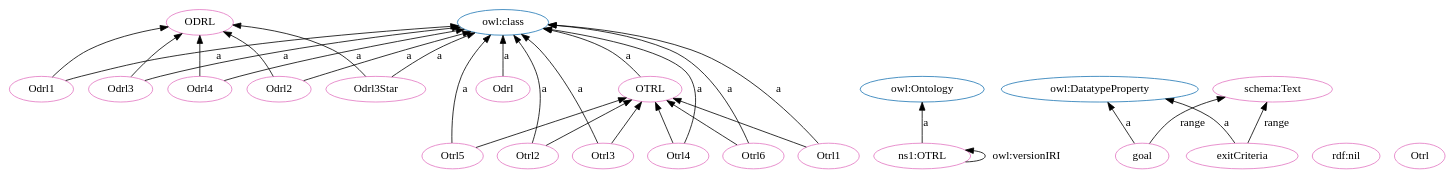
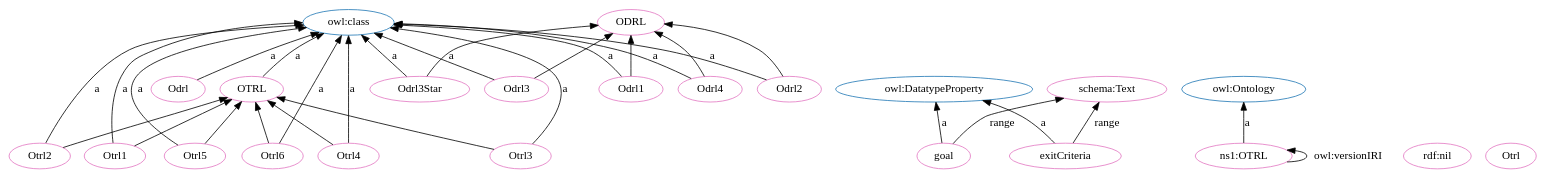
One commit to OPEN-NEXT/OKH-LOSH changed the diagram in OTRL.dot. Above: the diagram before and after it, drawn with Graphviz. The commit also changed other lines of this file and 15 other files, not shown here.

```diff
--- a/OTRL.dot
+++ b/OTRL.dot
@@ -1,59 +1,59 @@
 digraph G {
   rankdir=BT
   node[height=.3]
+"http://purl.org/oseg/ontologies/OTRL#OTRL" [fillcolor="#1f77b4" color="#1f77b4" label="OTRL"]
+"http://www.w3.org/2002/07/owl#class" [fillcolor="#1f77b4" color="#1f77b4" label="owl:class"]
+"http://www.w3.org/2002/07/owl#DatatypeProperty" [fillcolor="#1f77b4" color="#1f77b4" label="owl:DatatypeProperty"]
+"http://www.w3.org/2002/07/owl#Ontology" [fillcolor="#1f77b4" color="#1f77b4" label="owl:Ontology"]
 "http://purl.org/oseg/ontologies/OTRL#ODRL" [fillcolor="#1f77b4" color="#1f77b4" label="ODRL"]
-"http://www.w3.org/2002/07/owl#class" [fillcolor="#1f77b4" color="#1f77b4" label="owl:class"]
-"http://www.w3.org/2002/07/owl#Ontology" [fillcolor="#1f77b4" color="#1f77b4" label="owl:Ontology"]
-"http://www.w3.org/2002/07/owl#DatatypeProperty" [fillcolor="#1f77b4" color="#1f77b4" label="owl:DatatypeProperty"]
-"http://purl.org/oseg/ontologies/OTRL#OTRL" [fillcolor="#1f77b4" color="#1f77b4" label="OTRL"]
-"http://purl.org/oseg/ontologies/OTRL#OTRL" [fillcolor="#e377c2" color="#e377c2" label="OTRL"]
-"http://schema.org/Text" [fillcolor="#e377c2" color="#e377c2" label="schema:Text"]
+"http://purl.org/oseg/ontologies/OTRL#Otrl3" [fillcolor="#e377c2" color="#e377c2" label="Otrl3"]
+"http://purl.org/oseg/ontologies/OTRL#Odrl" [fillcolor="#e377c2" color="#e377c2" label="Odrl"]
+"http://purl.org/oseg/ontologies/OTRL#Otrl2" [fillcolor="#e377c2" color="#e377c2" label="Otrl2"]
+"http://purl.org/oseg/ontologies/OTRL#Odrl2" [fillcolor="#e377c2" color="#e377c2" label="Odrl2"]
+"http://purl.org/oseg/ontologies/OTRL#Odrl3Star" [fillcolor="#e377c2" color="#e377c2" label="Odrl3Star"]
 "http://purl.org/oseg/ontologies/OTRL#ODRL" [fillcolor="#e377c2" color="#e377c2" label="ODRL"]
+"http://purl.org/oseg/ontologies/OTRL#Otrl4" [fillcolor="#e377c2" color="#e377c2" label="Otrl4"]
+"http://purl.org/oseg/ontologies/OTRL#Odrl4" [fillcolor="#e377c2" color="#e377c2" label="Odrl4"]
+"http://purl.org/oseg/ontologies/OTRL#Odrl3" [fillcolor="#e377c2" color="#e377c2" label="Odrl3"]
 "http://www.w3.org/1999/02/22-rdf-syntax-ns#nil" [fillcolor="#e377c2" color="#e377c2" label="rdf:nil"]
 "http://purl.org/oseg/ontologies/OTRL" [fillcolor="#e377c2" color="#e377c2" label="ns1:OTRL"]
 "http://purl.org/oseg/ontologies/OTRL#goal" [fillcolor="#e377c2" color="#e377c2" label="goal"]
+"http://purl.org/oseg/ontologies/OTRL#OTRL" [fillcolor="#e377c2" color="#e377c2" label="OTRL"]
+"http://purl.org/oseg/ontologies/OTRL#Otrl1" [fillcolor="#e377c2" color="#e377c2" label="Otrl1"]
+"http://purl.org/oseg/ontologies/OTRL#exitCriteria" [fillcolor="#e377c2" color="#e377c2" label="exitCriteria"]
+"http://purl.org/oseg/ontologies/OTRL#Otrl6" [fillcolor="#e377c2" color="#e377c2" label="Otrl6"]
 "http://purl.org/oseg/ontologies/OTRL#Otrl" [fillcolor="#e377c2" color="#e377c2" label="Otrl"]
-"http://purl.org/oseg/ontologies/OTRL#Odrl" [fillcolor="#e377c2" color="#e377c2" label="Odrl"]
+"http://schema.org/Text" [fillcolor="#e377c2" color="#e377c2" label="schema:Text"]
+"http://purl.org/oseg/ontologies/OTRL#Odrl1" [fillcolor="#e377c2" color="#e377c2" label="Odrl1"]
 "http://purl.org/oseg/ontologies/OTRL#Otrl5" [fillcolor="#e377c2" color="#e377c2" label="Otrl5"]
-"http://purl.org/oseg/ontologies/OTRL#Otrl2" [fillcolor="#e377c2" color="#e377c2" label="Otrl2"]
-"http://purl.org/oseg/ontologies/OTRL#Odrl1" [fillcolor="#e377c2" color="#e377c2" label="Odrl1"]
-"http://purl.org/oseg/ontologies/OTRL#Otrl3" [fillcolor="#e377c2" color="#e377c2" label="Otrl3"]
-"http://purl.org/oseg/ontologies/OTRL#Odrl3" [fillcolor="#e377c2" color="#e377c2" label="Odrl3"]
-"http://purl.org/oseg/ontologies/OTRL#Odrl4" [fillcolor="#e377c2" color="#e377c2" label="Odrl4"]
-"http://purl.org/oseg/ontologies/OTRL#exitCriteria" [fillcolor="#e377c2" color="#e377c2" label="exitCriteria"]
-"http://purl.org/oseg/ontologies/OTRL#Odrl2" [fillcolor="#e377c2" color="#e377c2" label="Odrl2"]
-"http://purl.org/oseg/ontologies/OTRL#Otrl4" [fillcolor="#e377c2" color="#e377c2" label="Otrl4"]
-"http://purl.org/oseg/ontologies/OTRL#Otrl6" [fillcolor="#e377c2" color="#e377c2" label="Otrl6"]
-"http://purl.org/oseg/ontologies/OTRL#Odrl3Star" [fillcolor="#e377c2" color="#e377c2" label="Odrl3Star"]
-"http://purl.org/oseg/ontologies/OTRL#Otrl1" [fillcolor="#e377c2" color="#e377c2" label="Otrl1"]
+  "http://purl.org/oseg/ontologies/OTRL#Otrl3" -> "http://www.w3.org/2002/07/owl#class" [label="a"]
+  "http://purl.org/oseg/ontologies/OTRL#Odrl2" -> "http://www.w3.org/2002/07/owl#class" [label="a"]
+  "http://purl.org/oseg/ontologies/OTRL#Odrl3Star" -> "http://purl.org/oseg/ontologies/OTRL#ODRL" [label=""]
+  "http://purl.org/oseg/ontologies/OTRL#Otrl4" -> "http://www.w3.org/2002/07/owl#class" [label="a"]
+  "http://purl.org/oseg/ontologies/OTRL#Odrl4" -> "http://www.w3.org/2002/07/owl#class" [label="a"]
+  "http://purl.org/oseg/ontologies/OTRL#goal" -> "http://www.w3.org/2002/07/owl#DatatypeProperty" [label="a"]
+  "http://purl.org/oseg/ontologies/OTRL#Otrl6" -> "http://purl.org/oseg/ontologies/OTRL#OTRL" [label=""]
+  "http://purl.org/oseg/ontologies/OTRL#Otrl1" -> "http://www.w3.org/2002/07/owl#class" [label="a"]
+  "http://purl.org/oseg/ontologies/OTRL#Otrl5" -> "http://purl.org/oseg/ontologies/OTRL#OTRL" [label=""]
+  "http://purl.org/oseg/ontologies/OTRL#Otrl1" -> "http://purl.org/oseg/ontologies/OTRL#OTRL" [label=""]
+  "http://purl.org/oseg/ontologies/OTRL" -> "http://purl.org/oseg/ontologies/OTRL" [label="owl:versionIRI"]
+  "http://purl.org/oseg/ontologies/OTRL#Odrl2" -> "http://purl.org/oseg/ontologies/OTRL#ODRL" [label=""]
+  "http://purl.org/oseg/ontologies/OTRL#exitCriteria" -> "http://www.w3.org/2002/07/owl#DatatypeProperty" [label="a"]
   "http://purl.org/oseg/ontologies/OTRL#Otrl3" -> "http://purl.org/oseg/ontologies/OTRL#OTRL" [label=""]
+  "http://purl.org/oseg/ontologies/OTRL#Otrl6" -> "http://www.w3.org/2002/07/owl#class" [label="a"]
+  "http://purl.org/oseg/ontologies/OTRL#Otrl2" -> "http://purl.org/oseg/ontologies/OTRL#OTRL" [label=""]
+  "http://purl.org/oseg/ontologies/OTRL#Odrl1" -> "http://www.w3.org/2002/07/owl#class" [label="a"]
+  "http://purl.org/oseg/ontologies/OTRL#Otrl5" -> "http://www.w3.org/2002/07/owl#class" [label="a"]
+  "http://purl.org/oseg/ontologies/OTRL#Odrl" -> "http://www.w3.org/2002/07/owl#class" [label="a"]
+  "http://purl.org/oseg/ontologies/OTRL#Otrl2" -> "http://www.w3.org/2002/07/owl#class" [label="a"]
+  "http://purl.org/oseg/ontologies/OTRL#Odrl3Star" -> "http://www.w3.org/2002/07/owl#class" [label="a"]
+  "http://purl.org/oseg/ontologies/OTRL#Odrl3" -> "http://www.w3.org/2002/07/owl#class" [label="a"]
+  "http://purl.org/oseg/ontologies/OTRL#Odrl4" -> "http://purl.org/oseg/ontologies/OTRL#ODRL" [label=""]
+  "http://purl.org/oseg/ontologies/OTRL#Odrl1" -> "http://purl.org/oseg/ontologies/OTRL#ODRL" [label=""]
+  "http://purl.org/oseg/ontologies/OTRL" -> "http://www.w3.org/2002/07/owl#Ontology" [label="a"]
   "http://purl.org/oseg/ontologies/OTRL#exitCriteria" -> "http://schema.org/Text" [label="range"]
-  "http://purl.org/oseg/ontologies/OTRL#Odrl4" -> "http://purl.org/oseg/ontologies/OTRL#ODRL" [label=""]
-  "http://purl.org/oseg/ontologies/OTRL#Odrl" -> "http://www.w3.org/2002/07/owl#class" [label="a"]
-  "http://purl.org/oseg/ontologies/OTRL#Otrl6" -> "http://purl.org/oseg/ontologies/OTRL#OTRL" [label=""]
-  "http://purl.org/oseg/ontologies/OTRL#Odrl4" -> "http://www.w3.org/2002/07/owl#class" [label="a"]
-  "http://purl.org/oseg/ontologies/OTRL#exitCriteria" -> "http://www.w3.org/2002/07/owl#DatatypeProperty" [label="a"]
-  "http://purl.org/oseg/ontologies/OTRL" -> "http://www.w3.org/2002/07/owl#Ontology" [label="a"]
-  "http://purl.org/oseg/ontologies/OTRL#Otrl6" -> "http://www.w3.org/2002/07/owl#class" [label="a"]
-  "http://purl.org/oseg/ontologies/OTRL#Otrl1" -> "http://www.w3.org/2002/07/owl#class" [label="a"]
-  "http://purl.org/oseg/ontologies/OTRL" -> "http://purl.org/oseg/ontologies/OTRL" [label="owl:versionIRI"]
-  "http://purl.org/oseg/ontologies/OTRL#goal" -> "http://www.w3.org/2002/07/owl#DatatypeProperty" [label="a"]
-  "http://purl.org/oseg/ontologies/OTRL#Odrl2" -> "http://purl.org/oseg/ontologies/OTRL#ODRL" [label=""]
-  "http://purl.org/oseg/ontologies/OTRL#Odrl1" -> "http://purl.org/oseg/ontologies/OTRL#ODRL" [label=""]
-  "http://purl.org/oseg/ontologies/OTRL#Otrl5" -> "http://www.w3.org/2002/07/owl#class" [label="a"]
-  "http://purl.org/oseg/ontologies/OTRL#Otrl2" -> "http://www.w3.org/2002/07/owl#class" [label="a"]
-  "http://purl.org/oseg/ontologies/OTRL#Otrl5" -> "http://purl.org/oseg/ontologies/OTRL#OTRL" [label=""]
-  "http://purl.org/oseg/ontologies/OTRL#Otrl2" -> "http://purl.org/oseg/ontologies/OTRL#OTRL" [label=""]
   "http://purl.org/oseg/ontologies/OTRL#Odrl3" -> "http://purl.org/oseg/ontologies/OTRL#ODRL" [label=""]
-  "http://purl.org/oseg/ontologies/OTRL#Odrl3Star" -> "http://purl.org/oseg/ontologies/OTRL#ODRL" [label=""]
-  "http://purl.org/oseg/ontologies/OTRL#Odrl1" -> "http://www.w3.org/2002/07/owl#class" [label="a"]
-  "http://purl.org/oseg/ontologies/OTRL#Otrl3" -> "http://www.w3.org/2002/07/owl#class" [label="a"]
-  "http://purl.org/oseg/ontologies/OTRL#Odrl3" -> "http://www.w3.org/2002/07/owl#class" [label="a"]
-  "http://purl.org/oseg/ontologies/OTRL#Otrl1" -> "http://purl.org/oseg/ontologies/OTRL#OTRL" [label=""]
   "http://purl.org/oseg/ontologies/OTRL#OTRL" -> "http://www.w3.org/2002/07/owl#class" [label="a"]
-  "http://purl.org/oseg/ontologies/OTRL#Odrl2" -> "http://www.w3.org/2002/07/owl#class" [label="a"]
-  "http://purl.org/oseg/ontologies/OTRL#Otrl4" -> "http://www.w3.org/2002/07/owl#class" [label="a"]
   "http://purl.org/oseg/ontologies/OTRL#Otrl4" -> "http://purl.org/oseg/ontologies/OTRL#OTRL" [label=""]
   "http://purl.org/oseg/ontologies/OTRL#goal" -> "http://schema.org/Text" [label="range"]
-  "http://purl.org/oseg/ontologies/OTRL#Odrl3Star" -> "http://www.w3.org/2002/07/owl#class" [label="a"]
 }
```
